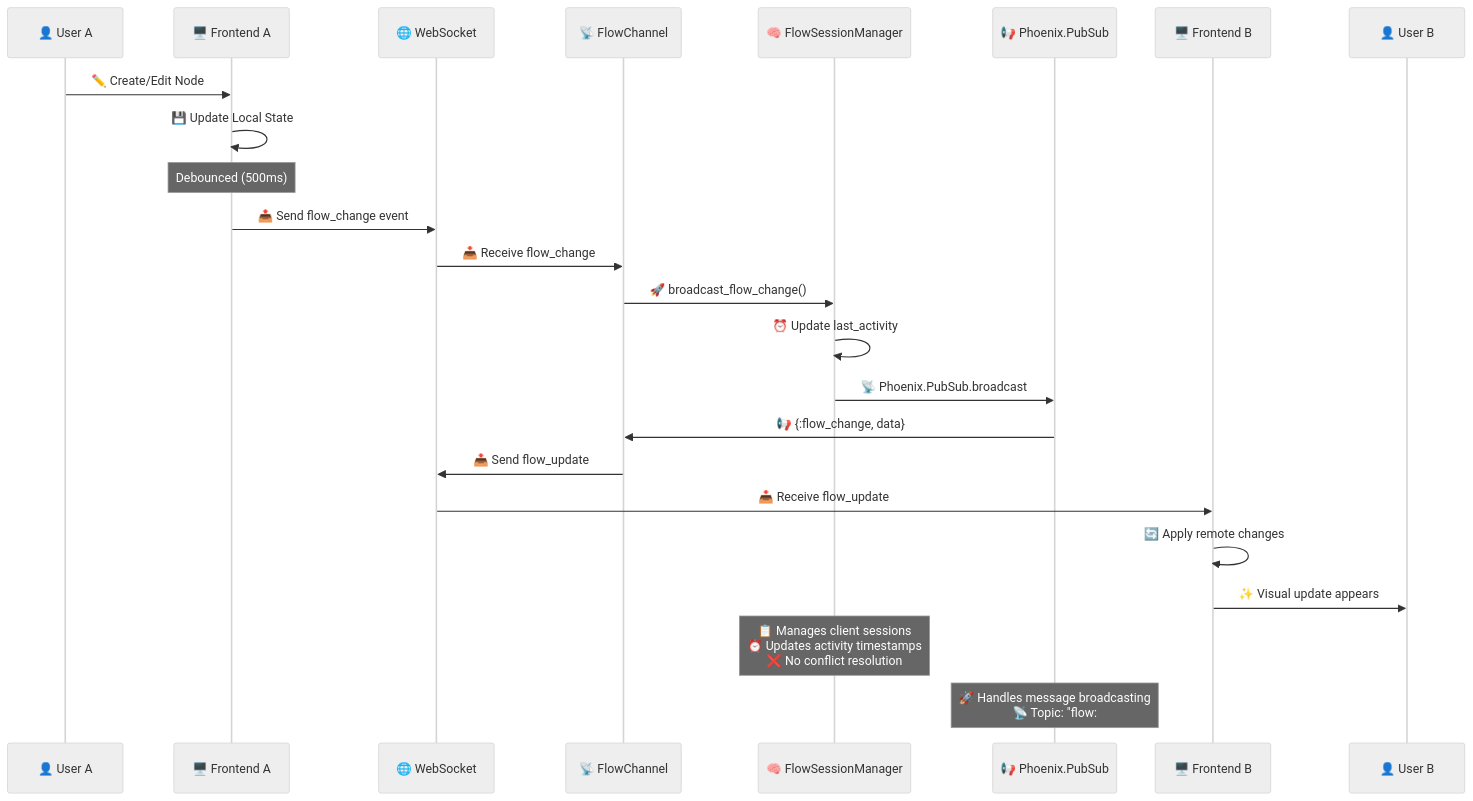
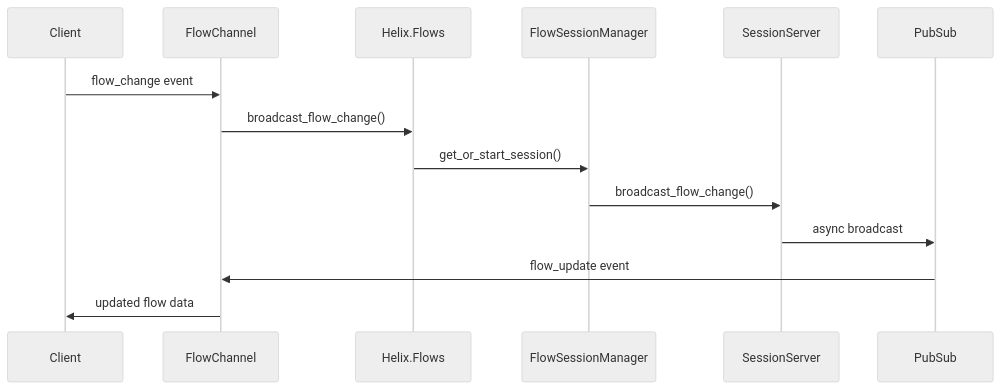
The second of 2 diagrams in docs/architecture.md (ccarvalho-eng/helix), drawn with Mermaid before and after one commit. The commit also changed other lines of this file and 19 other files, not shown here.

Commit message:
refactor(flows): Redesign flow management with OTP principles (#83)

````diff
--- a/docs/architecture.md
+++ b/docs/architecture.md
@@ -73,29 +64,18 @@
 ```mermaid
 %%{init: {'theme':'neutral'}}%%
 sequenceDiagram
-    participant UA as 👤 User A
-    participant FA as 🖥️ Frontend A
-    participant WS as 🌐 WebSocket
-    participant FC as 📡 FlowChannel
-    participant FSM as 🧠 FlowSessionManager
-    participant PUB as 📢 Phoenix.PubSub
-    participant FB as 🖥️ Frontend B
-    participant UB as 👤 User B
+    participant C as Client
+    participant FC as FlowChannel
+    participant FB as Helix.Flows
+    participant FSM as FlowSessionManager
+    participant SS as SessionServer
+    participant PUB as PubSub
 
-    UA->>FA: ✏️ Create/Edit Node
-    FA->>FA: 💾 Update Local State
-    Note over FA: Debounced (500ms)
-    FA->>WS: 📤 Send flow_change event
-    WS->>FC: 📥 Receive flow_change
-    FC->>FSM: 🚀 broadcast_flow_change()
-    FSM->>FSM: ⏰ Update last_activity
-    FSM->>PUB: 📡 Phoenix.PubSub.broadcast
-    PUB->>FC: 📢 {:flow_change, data}
-    FC->>WS: 📤 Send flow_update
-    WS->>FB: 📥 Receive flow_update
-    FB->>FB: 🔄 Apply remote changes
-    FB->>UB: ✨ Visual update appears
-
-    Note over FSM: 📋 Manages client sessions<br/>⏰ Updates activity timestamps<br/>❌ No conflict resolution
-    Note over PUB: 🚀 Handles message broadcasting<br/>📡 Topic: "flow:#{flow_id}"
+    C->>FC: flow_change event
+    FC->>FB: broadcast_flow_change()
+    FB->>FSM: get_or_start_session()
+    FSM->>SS: broadcast_flow_change()
+    SS->>PUB: async broadcast
+    PUB->>FC: flow_update event
+    FC->>C: updated flow data
 ```
````
